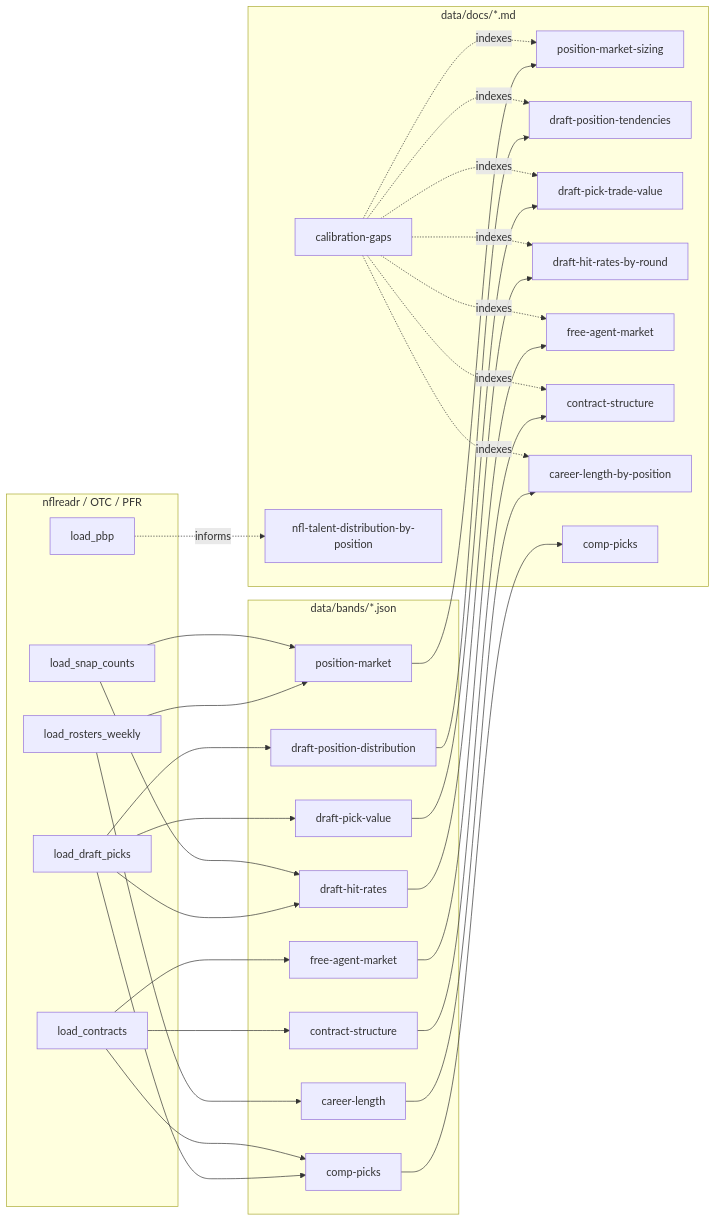
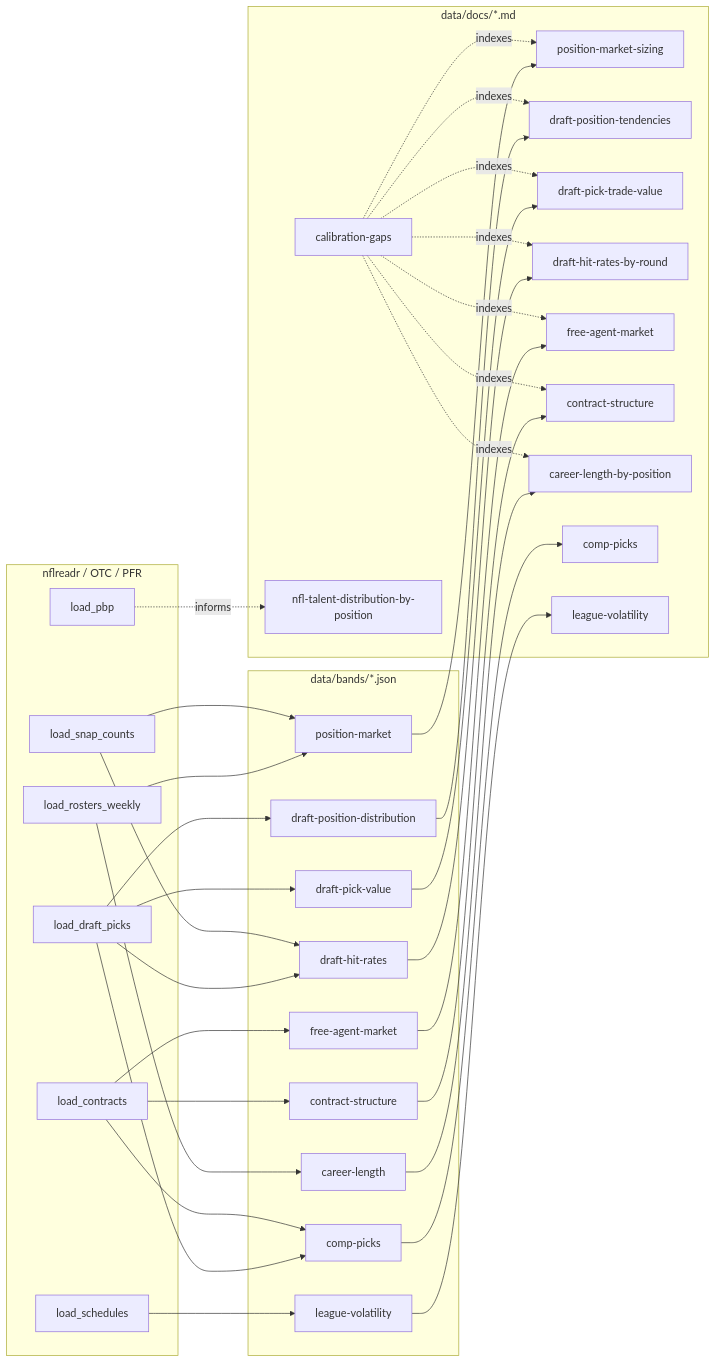
One commit to Tiernebre/zone-blitz changed the diagram in data/docs/README.md. Above: the diagram before and after it, drawn with Mermaid. The commit also changed other lines of this file and 4 other files, not shown here.

````diff
--- a/data/docs/README.md
+++ b/data/docs/README.md
@@ -15,49 +15,53 @@
 ```mermaid
 flowchart LR
     subgraph Sources["nflreadr / OTC / PFR"]
         PBP[load_pbp]
         ROS[load_rosters_weekly]
         SNAP[load_snap_counts]
         DRAFT[load_draft_picks]
         CTR[load_contracts]
+        SCH[load_schedules]
     end
 
     subgraph Bands["data/bands/*.json"]
         B1[position-market]
         B2[draft-position-distribution]
         B3[draft-pick-value]
         B4[draft-hit-rates]
         B5[free-agent-market]
         B6[contract-structure]
         B7[career-length]
         B8[comp-picks]
+        B9[league-volatility]
     end
 
     subgraph Docs["data/docs/*.md"]
         D0[calibration-gaps]
         D1[position-market-sizing]
         D2[draft-position-tendencies]
         D3[draft-pick-trade-value]
         D4[draft-hit-rates-by-round]
         D5[free-agent-market]
         D6[contract-structure]
         D7[career-length-by-position]
         D8[nfl-talent-distribution-by-position]
         D9[comp-picks]
+        D10[league-volatility]
     end
 
     ROS --> B1 --> D1
     DRAFT --> B2 --> D2
     DRAFT --> B3 --> D3
     DRAFT --> B4 --> D4
     CTR --> B5 --> D5
     CTR --> B6 --> D6
     ROS --> B7 --> D7
     DRAFT --> B8 --> D9
     CTR --> B8
     PBP -. informs .-> D8
     SNAP --> B1
     SNAP --> B4
+    SCH --> B9 --> D10
 
     D0 -. indexes .-> D1 & D2 & D3 & D4 & D5 & D6 & D7
 ```
````
